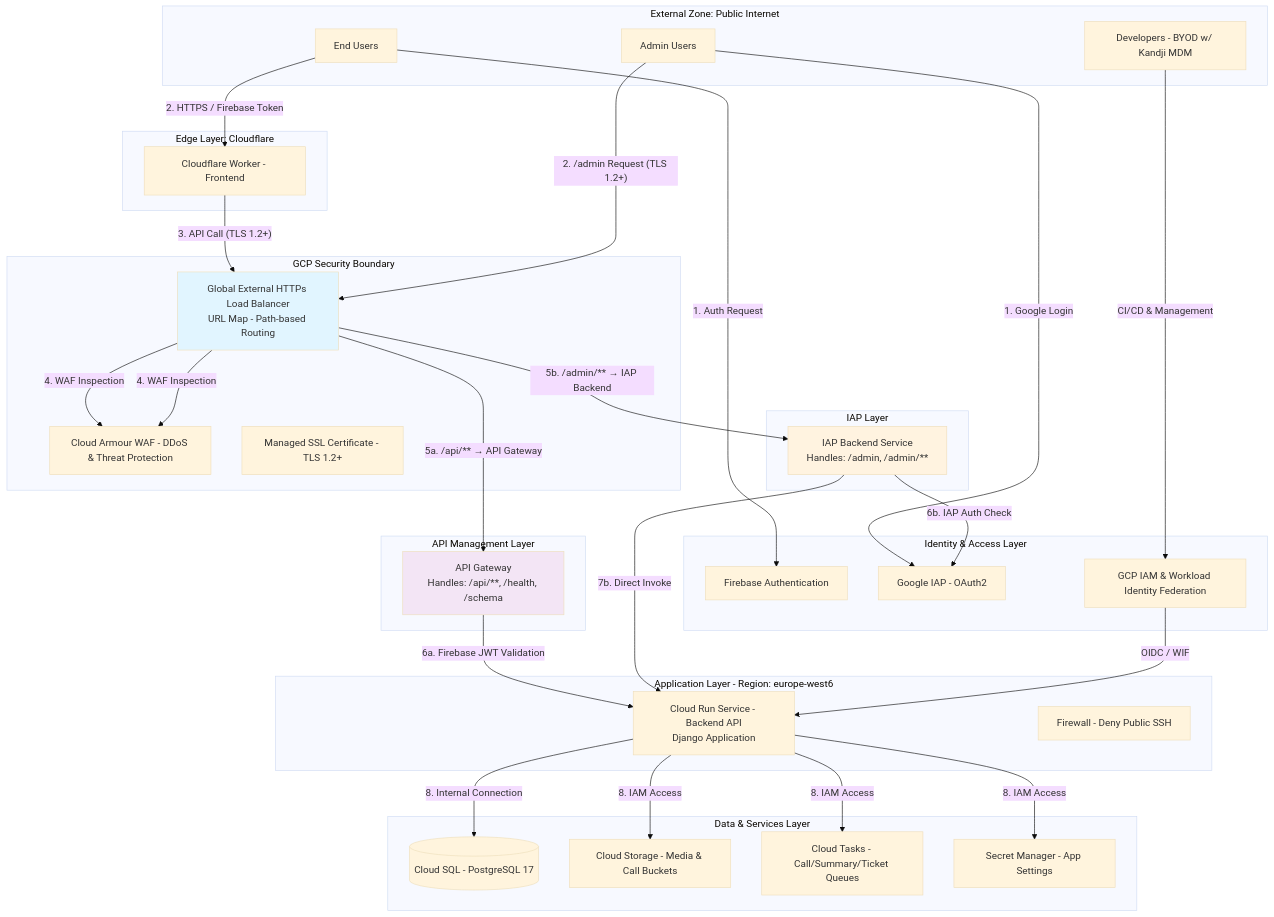
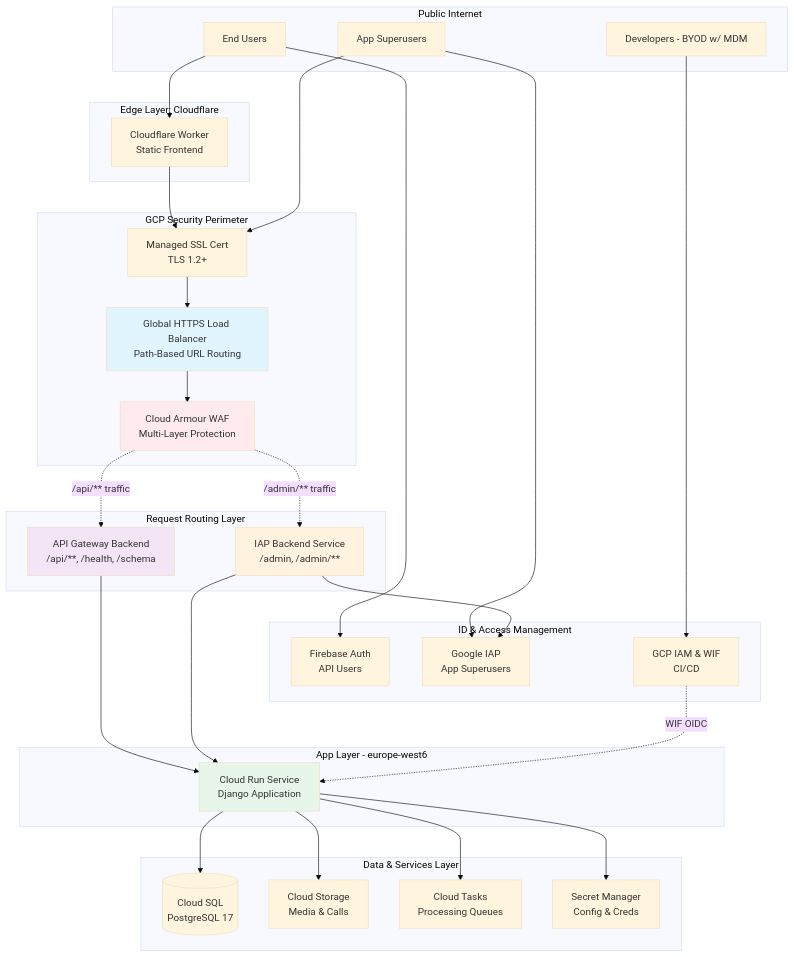
The diagram in terraform/stacks/api_revision/README.md (TellMeCH/tellme-app), drawn with Mermaid (base theme) before and after one commit. The commit also changed other lines of this file, not shown here.

Commit message:
Updating README.md related to networking

````diff
--- a/terraform/stacks/api_revision/README.md
+++ b/terraform/stacks/api_revision/README.md
@@ -11,75 +11,75 @@
 ```mermaid
-graph TD
-    subgraph User_Zone [External Zone: Public Internet]
+graph TB
+    subgraph User_Zone [Public Internet]
         EndUser[End Users]
-        AdminUser[Admin Users]
-        Devs[Developers - BYOD w/ Kandji MDM]
-    end
-
-    subgraph Identity_Layer [Identity & Access Layer]
-        Firebase[Firebase Authentication]
-        GoogleIAP[Google IAP - OAuth2]
-        IAM[GCP IAM & Workload Identity Federation]
+        AdminUser[App Superusers]
+        Devs[Developers - BYOD w/ MDM]
     end
 
     subgraph Edge_Zone [Edge Layer: Cloudflare]
-        CFW[Cloudflare Worker - Frontend]
+        CFW[Cloudflare Worker<br/>Static Frontend]
     end
 
-    subgraph GCP_Boundary [GCP Security Boundary]
-        LB[Global External HTTPs Load Balancer<br/>URL Map - Path-based Routing]
-        CA[Cloud Armour WAF - DDoS & Threat Protection]
-        SSL[Managed SSL Certificate - TLS 1.2+]
+    subgraph Identity_Layer [ID & Access Management]
+        Firebase[Firebase Auth<br/>API Users]
+        GoogleIAP[Google IAP<br/>App Superusers]
+        IAM[GCP IAM & WIF<br/>CI/CD]
     end
 
-    subgraph GCP_API_Mgmt [API Management Layer]
-        AGW[API Gateway<br/>Handles: /api/**, /health, /schema]
+    subgraph GCP_Boundary [GCP Security Perimeter]
+        SSL[Managed SSL Cert<br/>TLS 1.2+]
+        LB[Global HTTPS Load Balancer<br/>Path-Based URL Routing]
+        CA[Cloud Armour WAF<br/>Multi-Layer Protection]
     end
 
-    subgraph GCP_IAP_Layer [IAP Layer]
-        IAPBackend[IAP Backend Service<br/>Handles: /admin, /admin/**]
+    subgraph Routing_Layer [Request Routing Layer]
+        AGW[API Gateway Backend<br/>/api/**, /health, /schema]
+        IAPBackend[IAP Backend Service<br/>/admin, /admin/**]
     end
 
-    subgraph GCP_Compute [Application Layer - Region: europe-west6]
-        CloudRun[Cloud Run Service - Backend API<br/>Django Application]
-        FW[Firewall - Deny Public SSH]
+    subgraph GCP_Compute [App Layer - europe-west6]
+        CloudRun[Cloud Run Service<br/>Django Application]
     end
 
-    subgraph GCP_Data_Storage [Data & Services Layer]
-        SQL[(Cloud SQL - PostgreSQL 17)]
-        GCS[Cloud Storage - Media & Call Buckets]
-        Tasks[Cloud Tasks - Call/Summary/Ticket Queues]
-        Secrets[Secret Manager - App Settings]
+    subgraph GCP_Data [Data & Services Layer]
+        SQL[(Cloud SQL<br/>PostgreSQL 17)]
+        GCS[Cloud Storage<br/>Media & Calls]
+        Tasks[Cloud Tasks<br/>Processing Queues]
+        Secrets[Secret Manager<br/>Config & Creds]
     end
 
-    %% API Data Flows
-    EndUser -- "1. Auth Request" --> Firebase
-    EndUser -- "2. HTTPS / Firebase Token" --> CFW
-    CFW -- "3. API Call (TLS 1.2+)" --> LB
-    LB -- "4. WAF Inspection" --> CA
-    LB -- "5a. /api/** → API Gateway" --> AGW
-    AGW -- "6a. Firebase JWT Validation" --> CloudRun
+    %% User flows
+    EndUser --> Firebase
+    EndUser --> CFW
+    AdminUser --> GoogleIAP
+    Devs --> IAM
 
-    %% Admin Data Flows
-    AdminUser -- "1. Google Login" --> GoogleIAP
-    AdminUser -- "2. /admin Request (TLS 1.2+)" --> LB
-    LB -- "4. WAF Inspection" --> CA
-    LB -- "5b. /admin/** → IAP Backend" --> IAPBackend
-    IAPBackend -- "6b. IAP Auth Check" --> GoogleIAP
-    IAPBackend -- "7b. Direct Invoke" --> CloudRun
+    %% API path
+    CFW --> SSL
+    SSL --> LB
+    LB --> CA
+    CA -."/api/** traffic".-> AGW
+    AGW --> CloudRun
 
-    %% Internal Connections
-    CloudRun -- "8. Internal Connection" --> SQL
-    CloudRun -- "8. IAM Access" --> GCS
-    CloudRun -- "8. IAM Access" --> Tasks
-    CloudRun -- "8. IAM Access" --> Secrets
+    %% Admin path
+    AdminUser --> SSL
+    CA -."/admin/** traffic".-> IAPBackend
+    IAPBackend --> GoogleIAP
+    IAPBackend --> CloudRun
 
-    %% CI/CD Flow
-    Devs -- "CI/CD & Management" --> IAM
-    IAM -- "OIDC / WIF" --> CloudRun
+    %% CI/CD path
+    IAM -.WIF OIDC.-> CloudRun
+
+    %% Data access
+    CloudRun --> SQL
+    CloudRun --> GCS
+    CloudRun --> Tasks
+    CloudRun --> Secrets
 
     %% Styling
+    style CA fill:#ffebee
+    style AGW fill:#f3e5f5
+    style IAPBackend fill:#fff3e0
     style LB fill:#e1f5ff
-    style IAPBackend fill:#fff3e0
-    style AGW fill:#f3e5f5
+    style CloudRun fill:#e8f5e9
 ```
````
